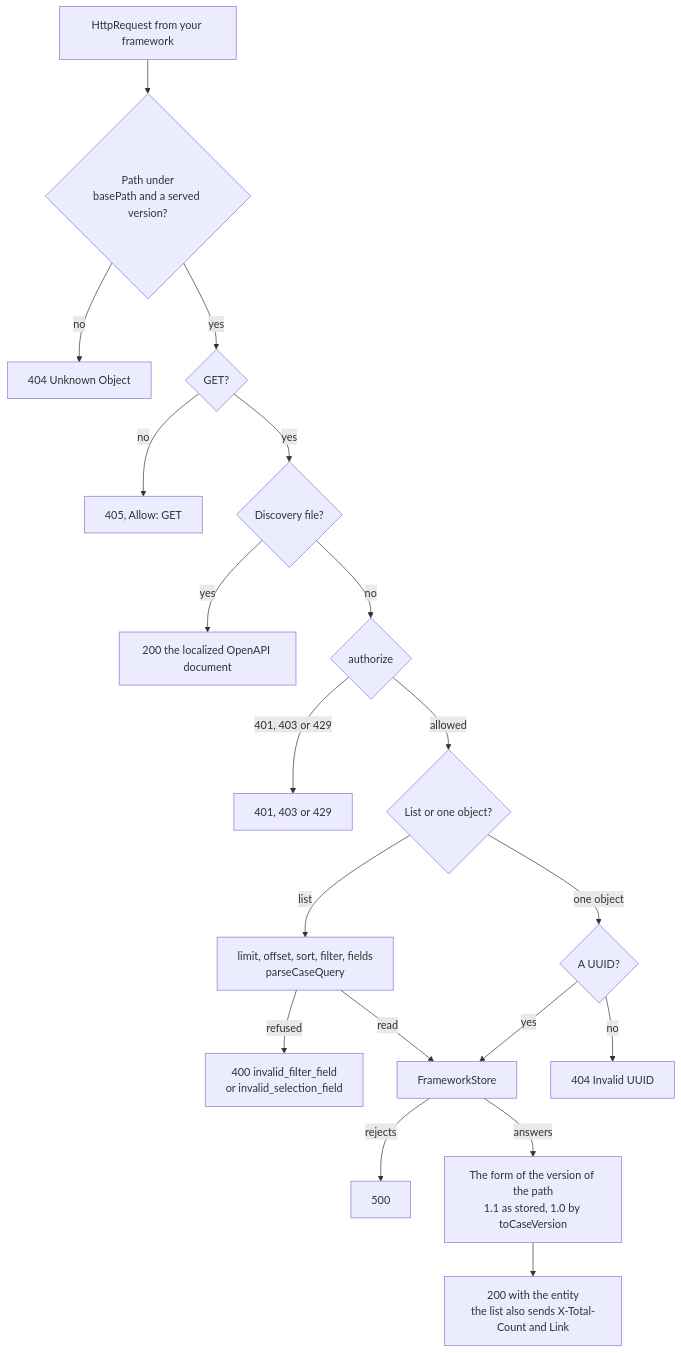
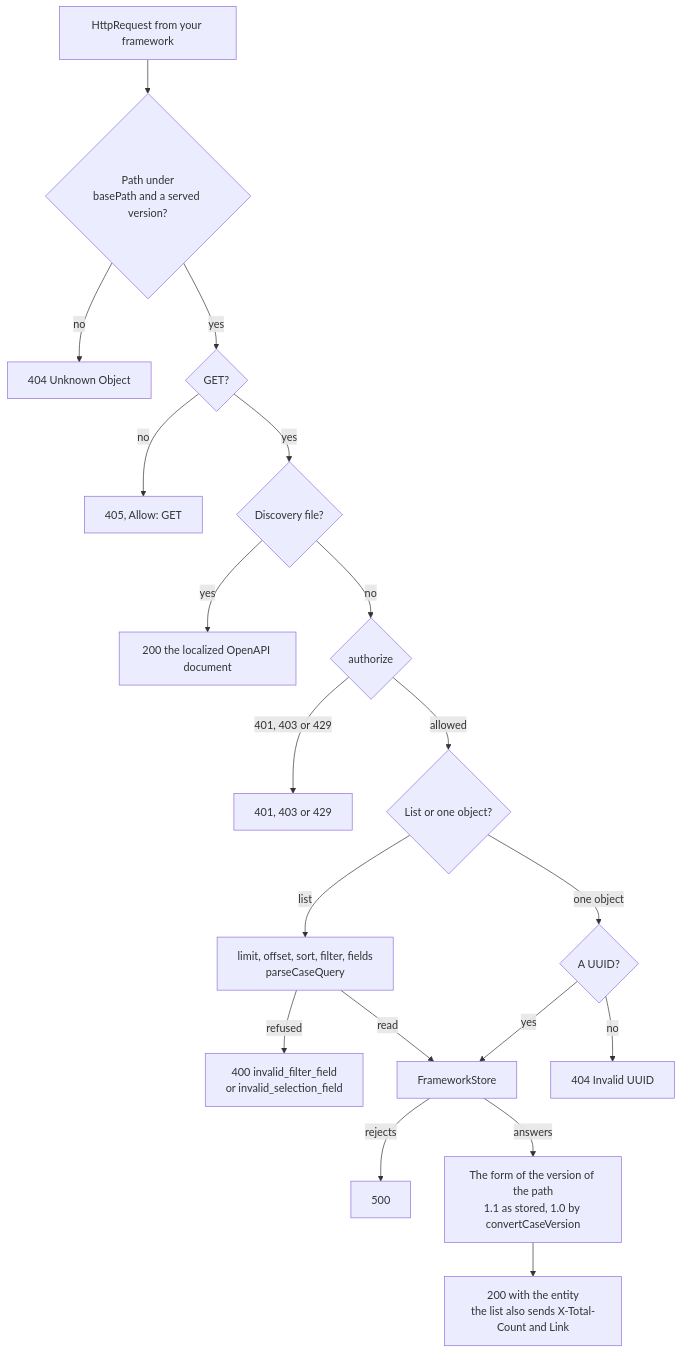
The first of 3 diagrams in docs/competency-frameworks/provider.md (interopkit/interopkit), drawn with Mermaid before and after one commit. The commit also changed other lines of this file and 368 other files, not shown here.

````diff
--- a/docs/competency-frameworks/provider.md
+++ b/docs/competency-frameworks/provider.md
@@ -7,21 +7,21 @@
 ```mermaid
 flowchart TD
   request["HttpRequest from your framework"] --> route{"Path under<br/>basePath and a served version?"}
   route -->|"no"| unknown["404 Unknown Object"]
   route -->|"yes"| method{"GET?"}
   method -->|"no"| notAllowed["405, Allow: GET"]
   method -->|"yes"| disc{"Discovery file?"}
   disc -->|"yes"| file["200 the localized OpenAPI document"]
   disc -->|"no"| authorize{"authorize"}
   authorize -->|"401, 403 or 429"| refused["401, 403 or 429"]
   authorize -->|"allowed"| kind{"List or one object?"}
   kind -->|"list"| query["limit, offset, sort, filter, fields<br/>parseCaseQuery"]
   query -->|"refused"| bad["400 invalid_filter_field<br/>or invalid_selection_field"]
   query -->|"read"| store["FrameworkStore"]
   kind -->|"one object"| uuid{"A UUID?"}
   uuid -->|"no"| invalid["404 Invalid UUID"]
   uuid -->|"yes"| store
   store -->|"rejects"| failed["500"]
-  store -->|"answers"| version["The form of the version of the path<br/>1.1 as stored, 1.0 by toCaseVersion"]
+  store -->|"answers"| version["The form of the version of the path<br/>1.1 as stored, 1.0 by convertCaseVersion"]
   version --> ok["200 with the entity<br/>the list also sends X-Total-Count and Link"]
 ```
````
